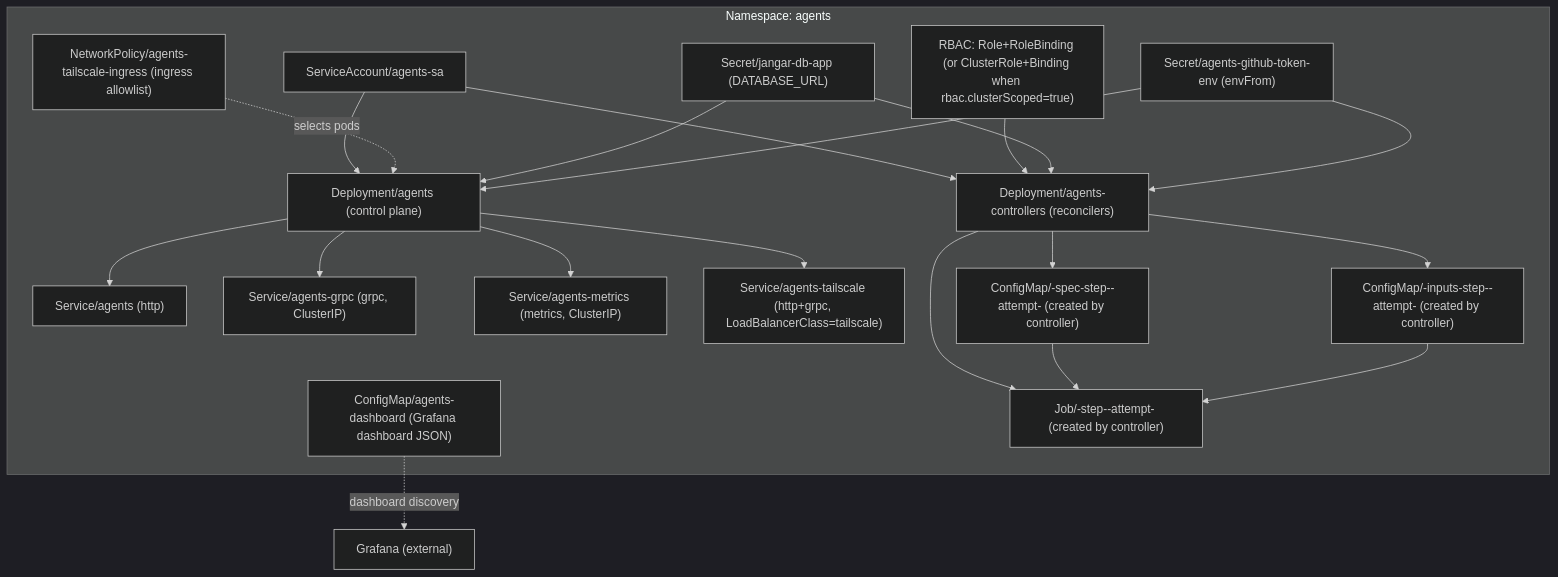
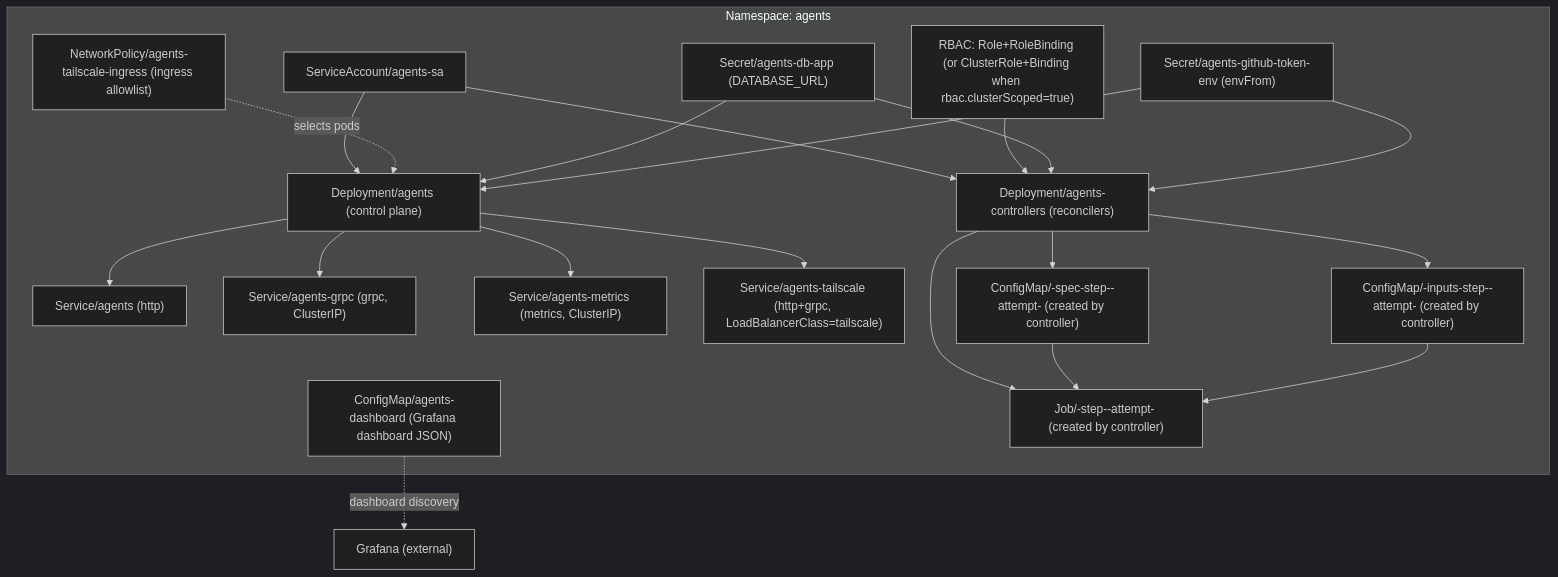
Before and after one commit to proompteng/lab: the second of 6 diagrams in docs/agents/agents-helm-chart-implementation.md, drawn with Mermaid (dark theme). The commit also changed other lines of this file and 68 other files, not shown here.

````diff
--- a/docs/agents/agents-helm-chart-implementation.md
+++ b/docs/agents/agents-helm-chart-implementation.md
@@ -65,47 +65,47 @@
 ```mermaid
 graph TD
   subgraph "Namespace: agents"
     CP["Deployment/agents (control plane)"]
     CTRL["Deployment/agents-controllers (reconcilers)"]
     SA["ServiceAccount/agents-sa"]
     RBAC["RBAC: Role+RoleBinding (or ClusterRole+Binding when rbac.clusterScoped=true)"]
 
     SvcHTTP["Service/agents (http)"]
     SvcGRPC["Service/agents-grpc (grpc, ClusterIP)"]
     SvcMetrics["Service/agents-metrics (metrics, ClusterIP)"]
     TSvc["Service/agents-tailscale (http+grpc, LoadBalancerClass=tailscale)"]
     TNetpol["NetworkPolicy/agents-tailscale-ingress (ingress allowlist)"]
     DashCM["ConfigMap/agents-dashboard (Grafana dashboard JSON)"]
 
-    DbSecret["Secret/jangar-db-app (DATABASE_URL)"]
+    DbSecret["Secret/agents-db-app (DATABASE_URL)"]
     TokenEnv["Secret/agents-github-token-env (envFrom)"]
 
     RunSpecCM["ConfigMap/<run>-spec-step-<n>-attempt-<n> (created by controller)"]
     RunInputsCM["ConfigMap/<run>-inputs-step-<n>-attempt-<n> (created by controller)"]
     Job["Job/<run>-step-<n>-attempt-<n> (created by controller)"]
   end
 
   Grafana["Grafana (external)"]
 
   SA --> CP
   SA --> CTRL
   RBAC --> CTRL
 
   CP --> SvcHTTP
   CP --> SvcGRPC
   CP --> SvcMetrics
   CP --> TSvc
   TNetpol -. "selects pods" .-> CP
   DashCM -. "dashboard discovery" .-> Grafana
 
   DbSecret --> CP
   DbSecret --> CTRL
   TokenEnv --> CP
   TokenEnv --> CTRL
 
   CTRL --> RunSpecCM
   CTRL --> RunInputsCM
   CTRL --> Job
   RunSpecCM --> Job
   RunInputsCM --> Job
 ```
````
